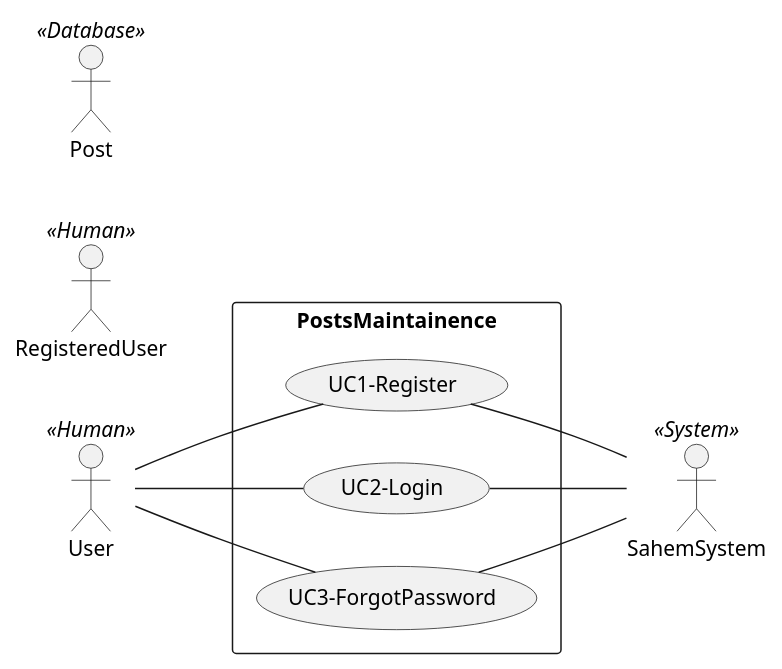
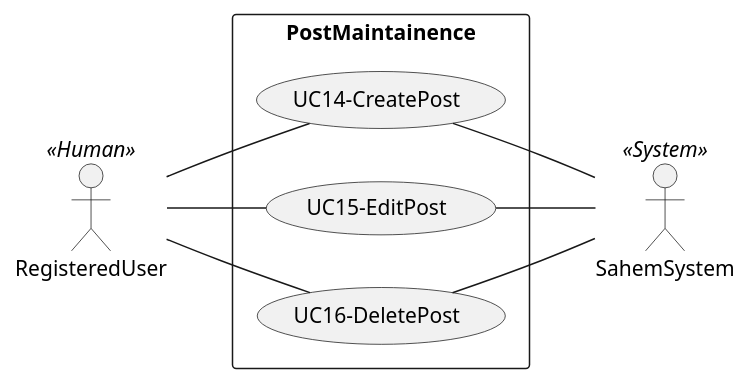
One commit to mlnomadpy/Sahem changed the diagram in Conception/Diagrams/plantUml/Use Cases/Post_Maintanence.puml. Above: the diagram before and after it, drawn with PlantUML. The commit also changed 36 other files, not shown here.

Commit message:
added some class diagrams and more

```diff
--- a/Conception/Diagrams/plantUml/Use Cases/Post_Maintanence.puml
+++ b/Conception/Diagrams/plantUml/Use Cases/Post_Maintanence.puml
@@ -1,27 +1,27 @@
-@startuml PostsMaintainence
+@startuml PostMaintainence
 left to right direction
 skinparam packageStyle rectangle
-actor User as A1 << Human >>
 actor RegisteredUser as A3 << Human >>
 actor SahemSystem as A6 << System >>
-actor Post as A9 << Database >>
+' actor Post as A9 << Database >>
 
 ' usecase (UC4-ShareToSocialMedia) as UC4
 ' A1 -- (UC4)
 ' (UC4) -- A6
 
-rectangle PostsMaintainence {
-    usecase (UC1-Register) as UC1
-    usecase (UC2-Login) as UC2
-    usecase (UC3-ForgotPassword) as UC3
-    A1 -- (UC1)
-    A1 -- (UC2)
-    A1 -- (UC3)
+rectangle PostMaintainence {
+    usecase (UC14-CreatePost) as UC14
+    usecase (UC15-EditPost) as UC15
+    usecase (UC16-DeletePost) as UC16
+    
+    A3 -- (UC14)
+    A3 -- (UC15)
+    A3 -- (UC16)
 
-    (UC1) -- A6
-    (UC2) -- A6
-    (UC3) -- A6
-
+    (UC14) -- A6
+    (UC15) -- A6
+    (UC16) -- A6
+    
 }
 
 @enduml
```
